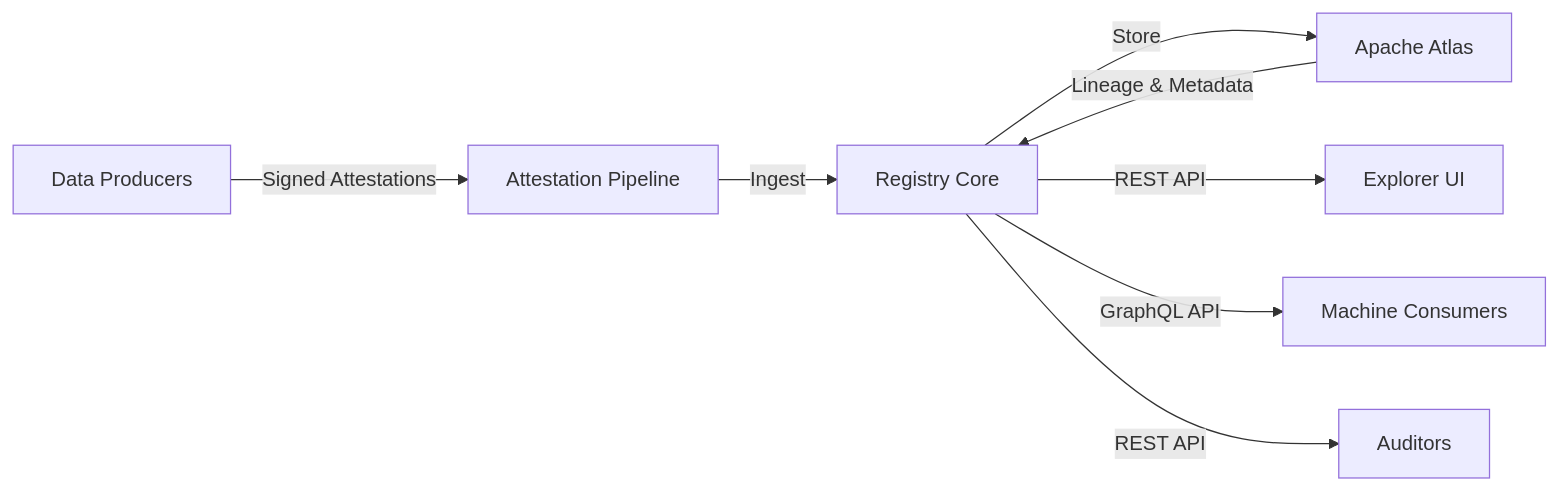
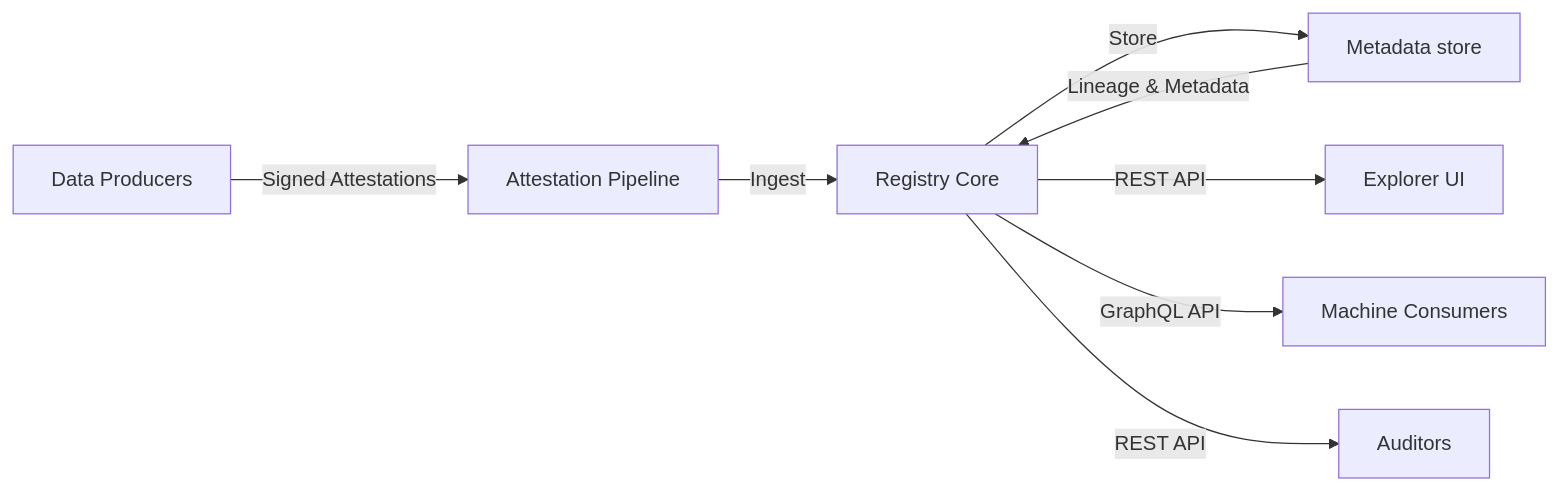
One commit to apache/sourcelume-site changed the first of 2 diagrams in content/pages/registry.md. Above: the diagram before and after it, drawn with Mermaid. The commit also changed other lines of this file and 2 other files, not shown here.

````diff
--- a/content/pages/registry.md
+++ b/content/pages/registry.md
@@ -47,10 +52,10 @@
 ```mermaid
 graph LR
     A[Data Producers] -->|Signed Attestations| B[Attestation Pipeline]
     B -->|Ingest| C[Registry Core]
-    C -->|Store| D[Apache Atlas]
+    C -->|Store| D[Metadata store]
     D -->|Lineage & Metadata| C
     C -->|REST API| E[Explorer UI]
     C -->|GraphQL API| F[Machine Consumers]
     C -->|REST API| G[Auditors]
 ```
````
